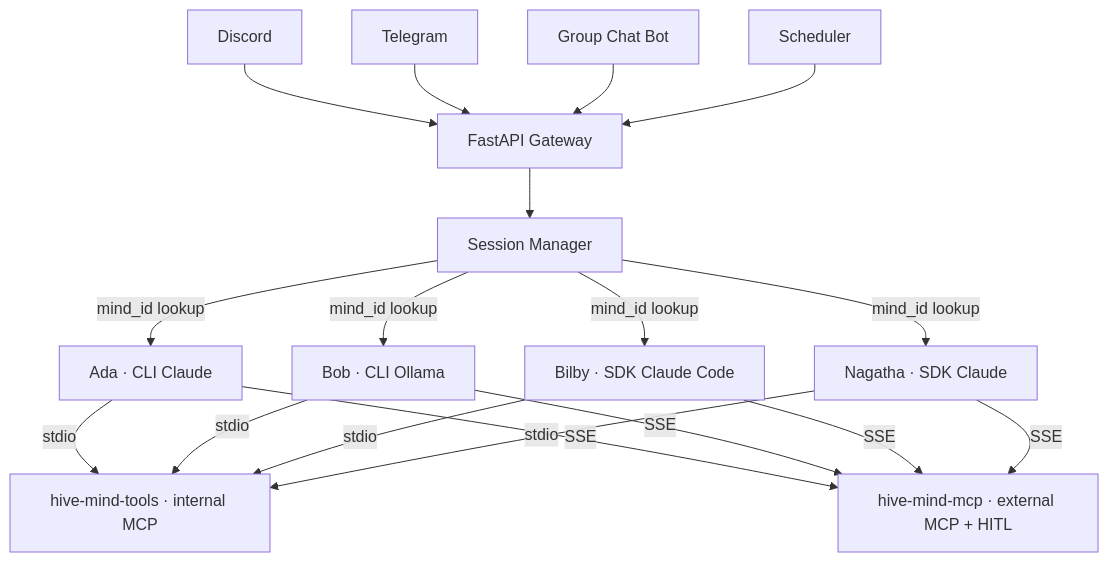
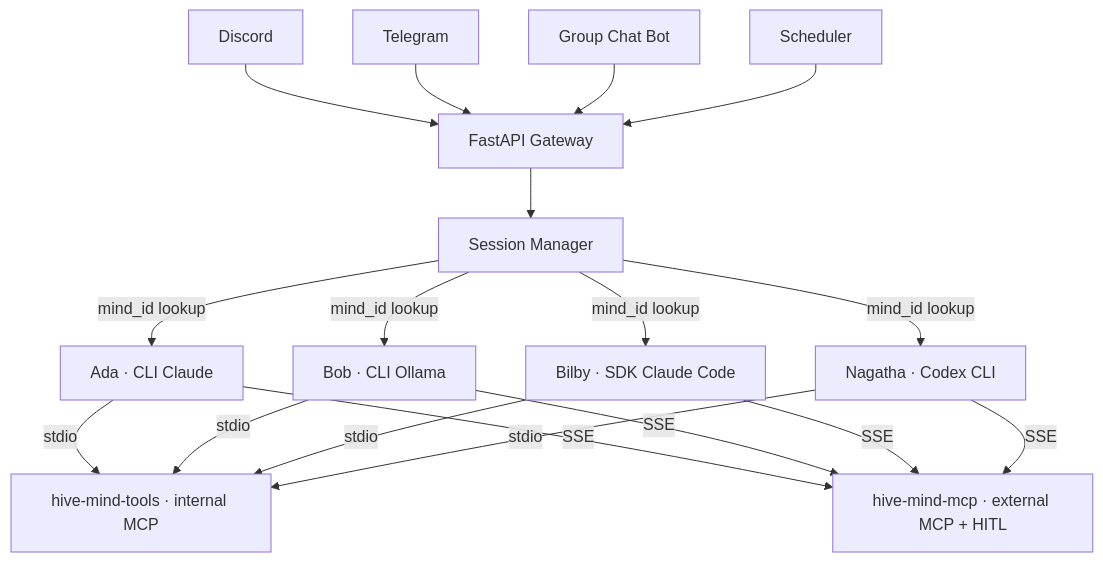
One commit to danielstewart77/hive_mind changed the diagram in README.md. Above: the diagram before and after it, drawn with Mermaid. The commit also changed other lines of this file and 4 other files, not shown here.

````diff
--- a/README.md
+++ b/README.md
@@ -21,14 +21,14 @@
 ```mermaid
 flowchart TD
     DC[Discord] --> GW[FastAPI Gateway]
     TG[Telegram] --> GW
     HV[Group Chat Bot] --> GW
     SC[Scheduler] --> GW
     GW --> SM[Session Manager]
     SM -->|mind_id lookup| ADA[Ada · CLI Claude]
     SM -->|mind_id lookup| BOB[Bob · CLI Ollama]
     SM -->|mind_id lookup| BILBY[Bilby · SDK Claude Code]
-    SM -->|mind_id lookup| NAG[Nagatha · SDK Claude]
+    SM -->|mind_id lookup| NAG[Nagatha · Codex CLI]
     ADA & BOB & BILBY & NAG -->|stdio| INT[hive-mind-tools · internal MCP]
     ADA & BOB & BILBY & NAG -->|SSE| EXT[hive-mind-mcp · external MCP + HITL]
 ```
````
